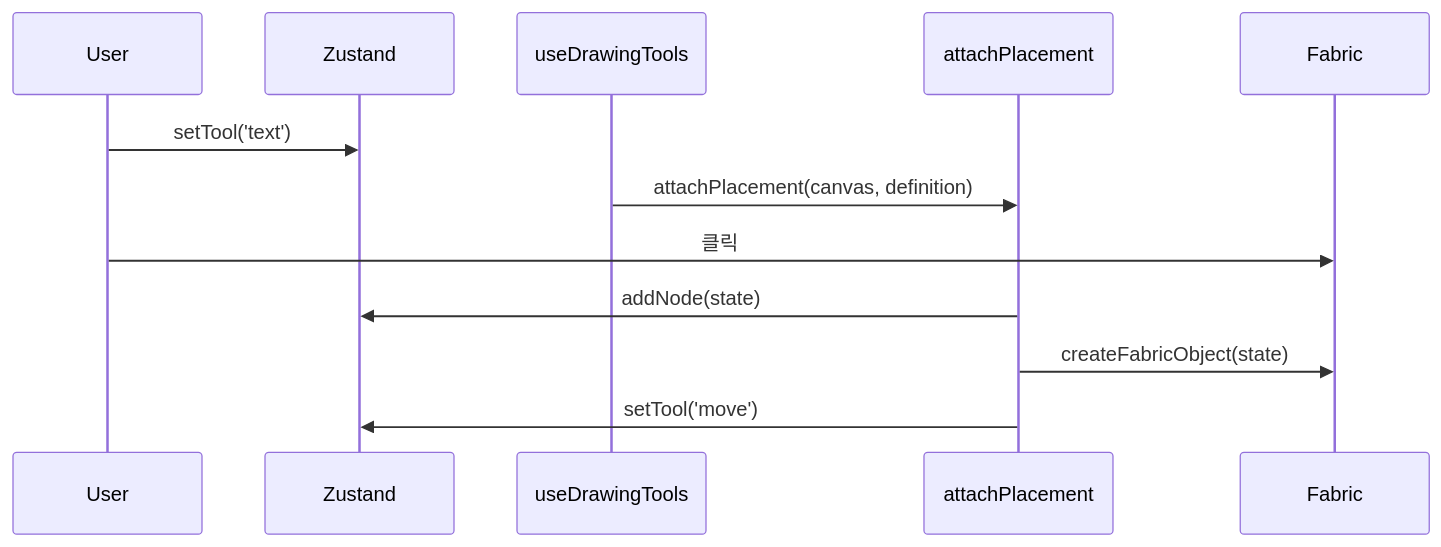
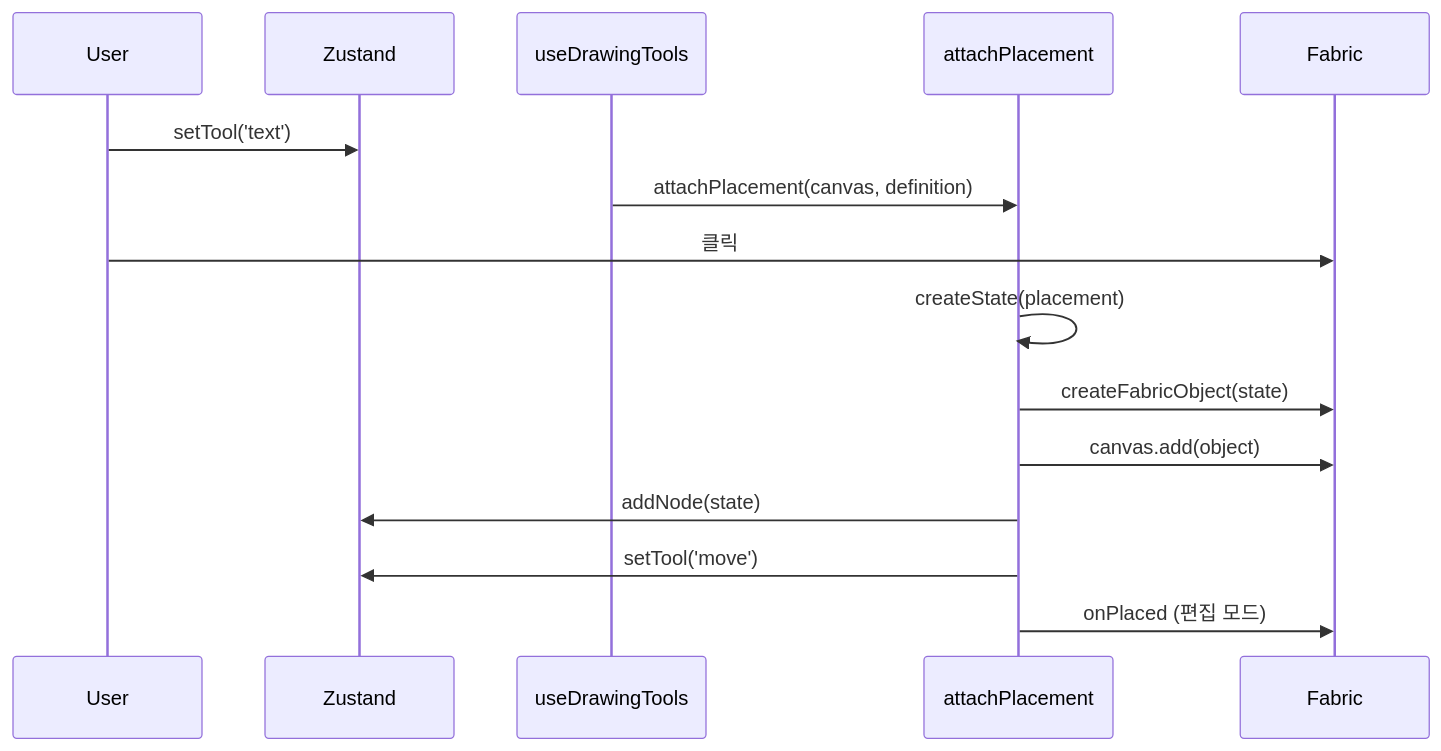
Before and after one commit to ToKyun02/canvas: the diagram in apps/docs/guide/adding-nodes.md, drawn with Mermaid. The commit also changed other lines of this file and 8 other files, not shown here.

````diff
--- a/apps/docs/guide/adding-nodes.md
+++ b/apps/docs/guide/adding-nodes.md
@@ -74,15 +74,18 @@
 ```mermaid
 sequenceDiagram
   participant User
   participant Store as Zustand
   participant Hook as useDrawingTools
   participant Placement as attachPlacement
   participant Fabric
 
   User->>Store: setTool('text')
   Hook->>Placement: attachPlacement(canvas, definition)
   User->>Fabric: 클릭
+  Placement->>Placement: createState(placement)
+  Placement->>Fabric: createFabricObject(state)
+  Placement->>Fabric: canvas.add(object)
   Placement->>Store: addNode(state)
-  Placement->>Fabric: createFabricObject(state)
   Placement->>Store: setTool('move')
+  Placement->>Fabric: onPlaced (편집 모드)
 ```
````
